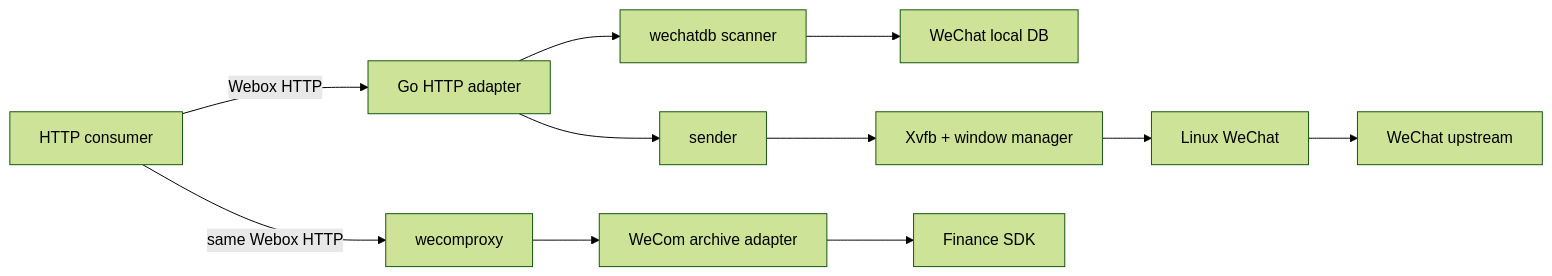
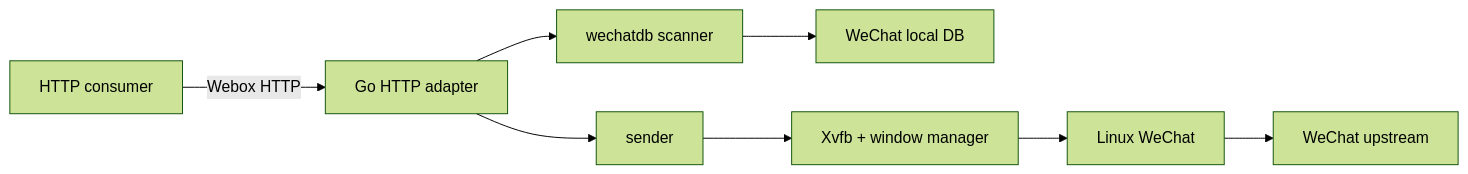
The diagram in docs/architecture.md (netcat-ai/webox), drawn with Mermaid (forest theme) before and after one commit. The commit also changed other lines of this file and 22 other files, not shown here.

Commit message:
refactor: remove WeCom runtime from Webox

````diff
--- a/docs/architecture.md
+++ b/docs/architecture.md
@@ -17,13 +17,10 @@
 ```mermaid
 flowchart LR
   Consumer["HTTP consumer"] -->|"Webox HTTP"| Adapter["Go HTTP adapter"]
   Adapter --> DBScanner["wechatdb scanner"]
   DBScanner --> WXDB["WeChat local DB"]
-  Consumer -->|"same Webox HTTP"| ArchiveProxy["wecomproxy"]
-  ArchiveProxy --> Archive["WeCom archive adapter"]
-  Archive --> Finance["Finance SDK"]
   Adapter --> UISender["sender"]
   UISender --> Display["Xvfb + window manager"]
   Display --> WeChat["Linux WeChat"]
   WeChat --> WXNet["WeChat upstream"]
 ```
````
